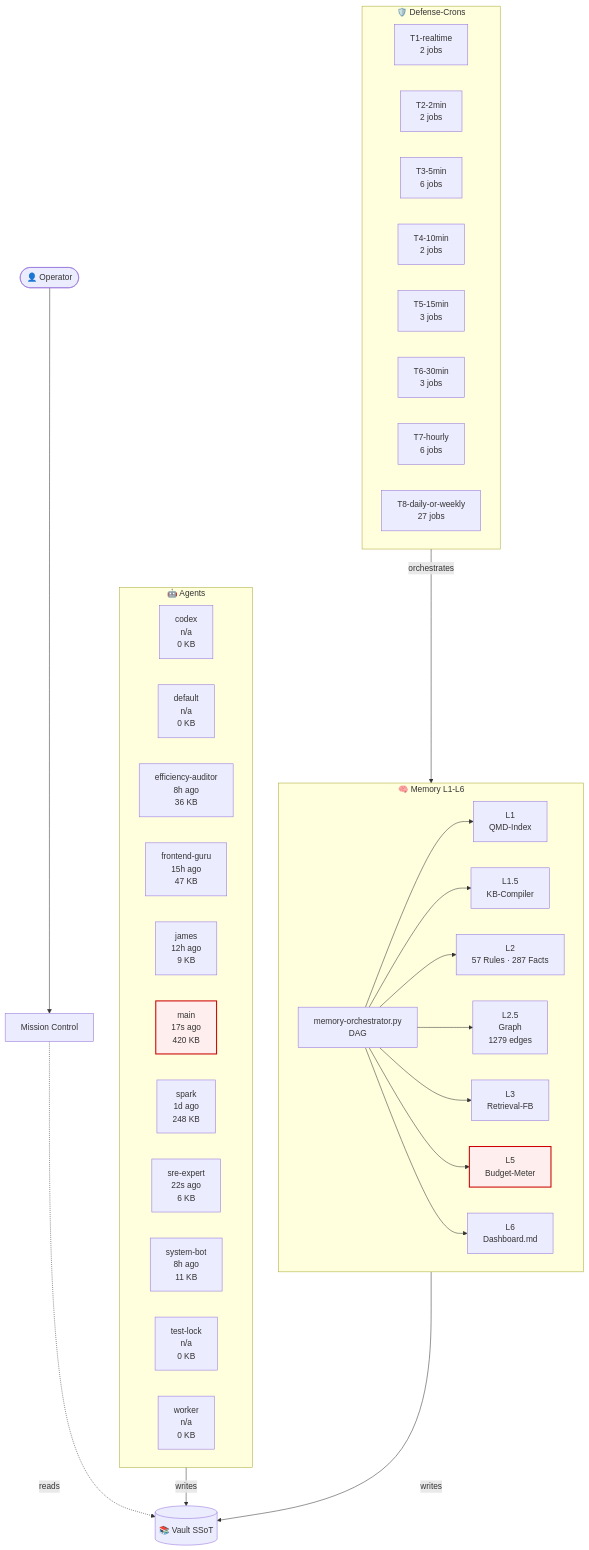
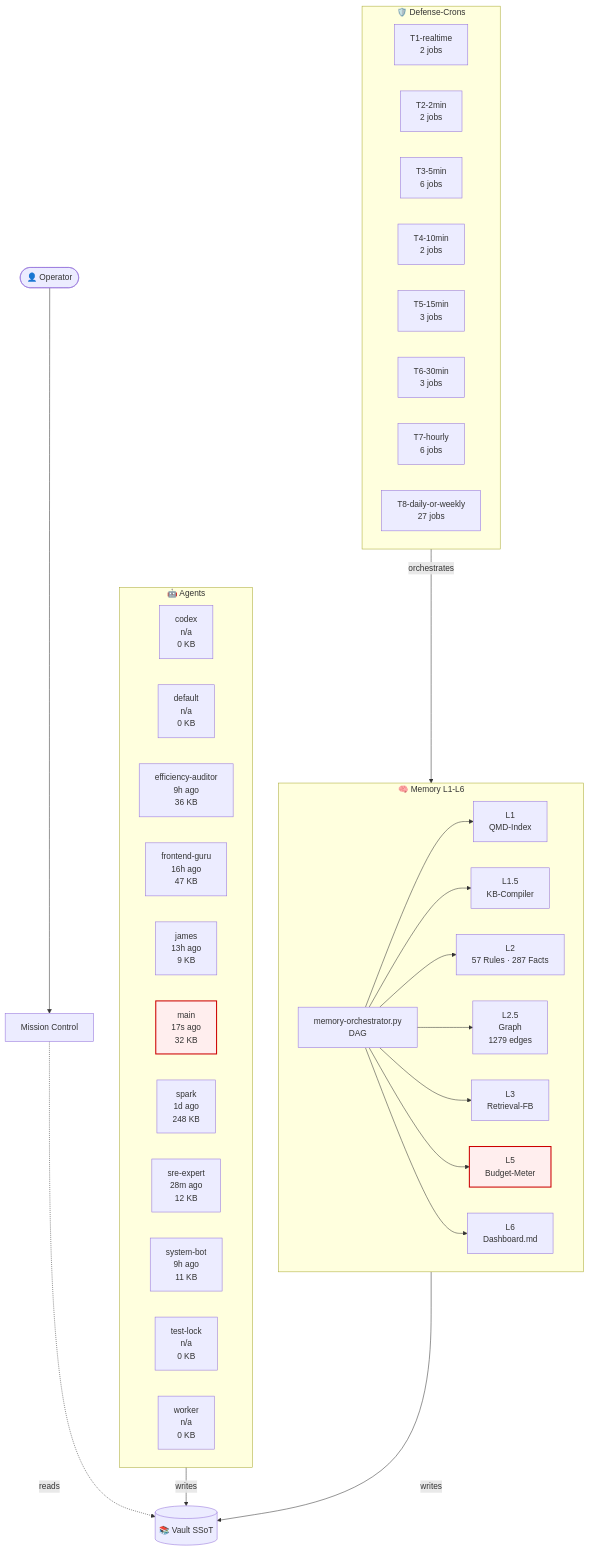
One commit to lenardhuebner88-rgb/openclaw-memory changed the diagram in 03-Agents/architecture-live.md. Above: the diagram before and after it, drawn with Mermaid. The commit also changed other lines of this file and 5 other files, not shown here.

````diff
--- a/03-Agents/architecture-live.md
+++ b/03-Agents/architecture-live.md
@@ -18,54 +18,54 @@
 ```mermaid
 flowchart TB
     classDef critical fill:#fee,stroke:#c00,stroke-width:2px;
     subgraph AGT["🤖 Agents"]
         agent_codex["codex<br/>n/a<br/>0 KB"]
         agent_default["default<br/>n/a<br/>0 KB"]
-        agent_efficiency_auditor["efficiency-auditor<br/>8h ago<br/>36 KB"]
-        agent_frontend_guru["frontend-guru<br/>15h ago<br/>47 KB"]
-        agent_james["james<br/>12h ago<br/>9 KB"]
-        agent_main["main<br/>17s ago<br/>420 KB"]
+        agent_efficiency_auditor["efficiency-auditor<br/>9h ago<br/>36 KB"]
+        agent_frontend_guru["frontend-guru<br/>16h ago<br/>47 KB"]
+        agent_james["james<br/>13h ago<br/>9 KB"]
+        agent_main["main<br/>17s ago<br/>32 KB"]
         agent_spark["spark<br/>1d ago<br/>248 KB"]
-        agent_sre_expert["sre-expert<br/>22s ago<br/>6 KB"]
-        agent_system_bot["system-bot<br/>8h ago<br/>11 KB"]
+        agent_sre_expert["sre-expert<br/>28m ago<br/>12 KB"]
+        agent_system_bot["system-bot<br/>9h ago<br/>11 KB"]
         agent_test_lock["test-lock<br/>n/a<br/>0 KB"]
         agent_worker["worker<br/>n/a<br/>0 KB"]
     end
     subgraph MEM["🧠 Memory L1-L6"]
         L1["L1<br/>QMD-Index"]
         L15["L1.5<br/>KB-Compiler"]
         L2["L2<br/>57 Rules · 287 Facts"]
         L25["L2.5<br/>Graph<br/>1279 edges"]
         L3["L3<br/>Retrieval-FB"]
         L5["L5<br/>Budget-Meter"]
         L6["L6<br/>Dashboard.md"]
         ORCH["memory-orchestrator.py<br/>DAG"]
     end
     subgraph CRN["🛡️ Defense-Crons"]
         tier_T1_realtime["T1-realtime<br/>2 jobs"]
         tier_T2_2min["T2-2min<br/>2 jobs"]
         tier_T3_5min["T3-5min<br/>6 jobs"]
         tier_T4_10min["T4-10min<br/>2 jobs"]
         tier_T5_15min["T5-15min<br/>3 jobs"]
         tier_T6_30min["T6-30min<br/>3 jobs"]
         tier_T7_hourly["T7-hourly<br/>6 jobs"]
         tier_T8_daily_or_weekly["T8-daily-or-weekly<br/>27 jobs"]
     end
     VAULT[("📚 Vault SSoT")]
     OP([👤 Operator])
     MC["Mission Control"]
     OP --> MC
     MC -.reads.-> VAULT
     AGT -->|writes| VAULT
     MEM -->|writes| VAULT
     ORCH --> L1
     ORCH --> L15
     ORCH --> L2
     ORCH --> L25
     ORCH --> L3
     ORCH --> L5
     ORCH --> L6
     CRN -->|orchestrates| MEM
     class L5 critical
     class agent_main critical
 ```
````
